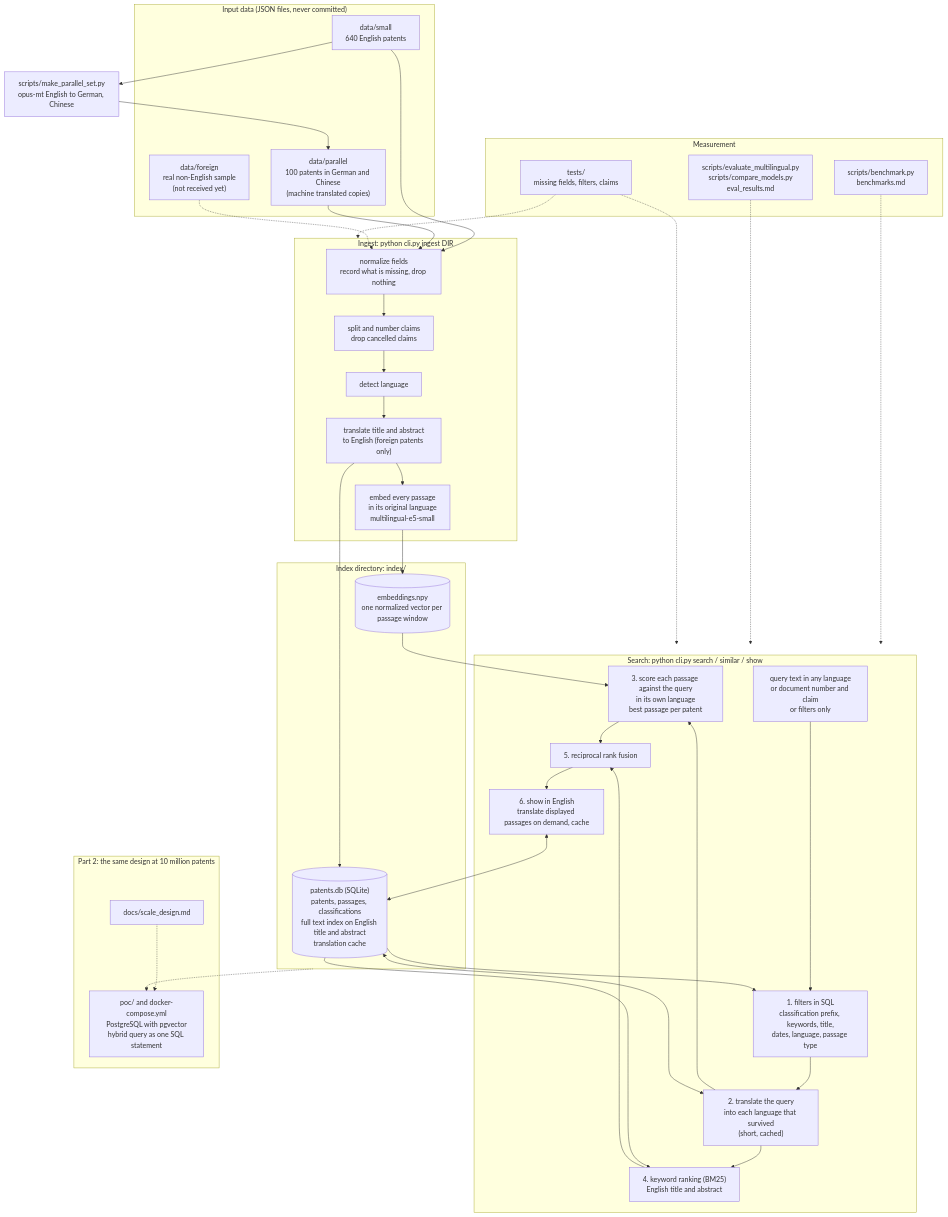
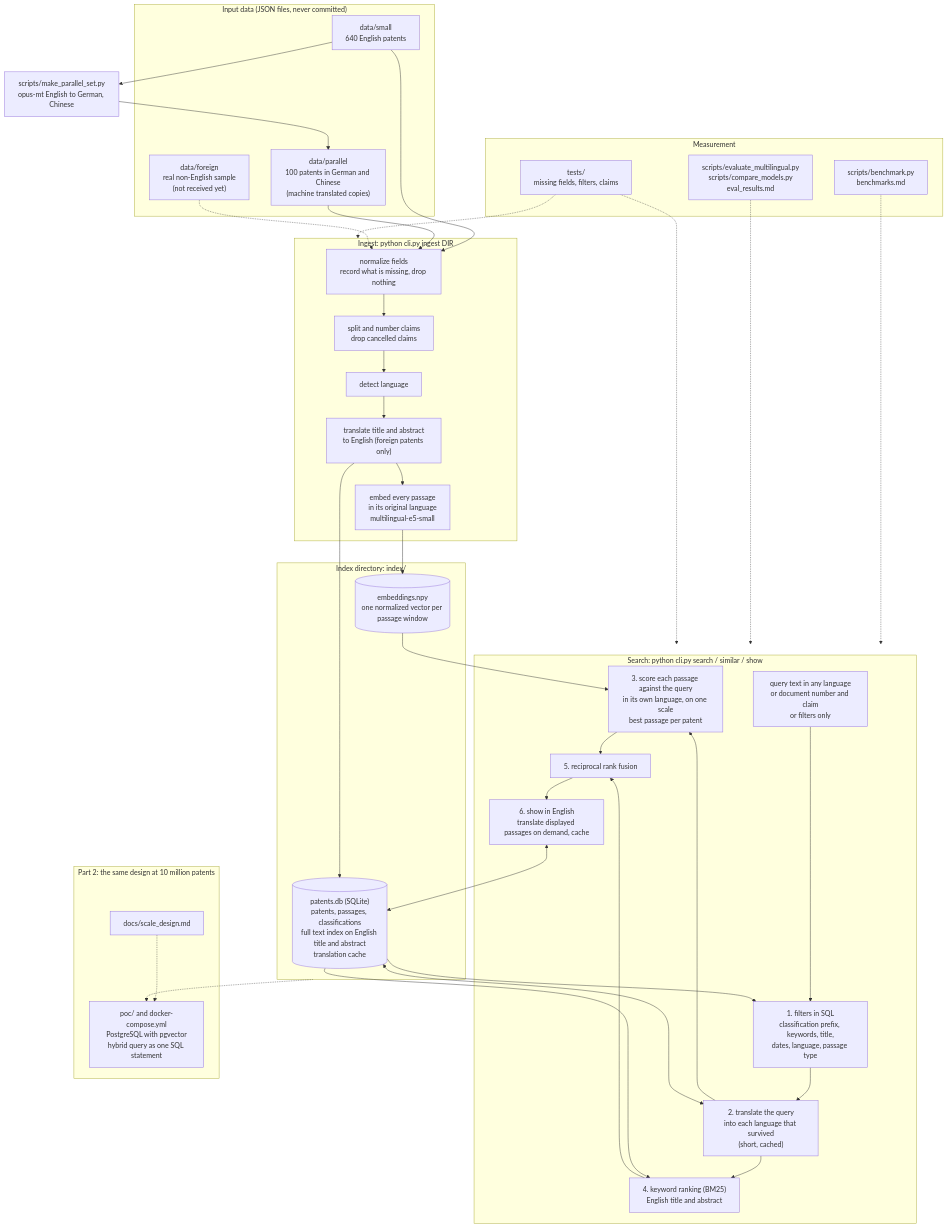
Before and after one commit to tairanhabib/thinkstruct-patent-search: the diagram in docs/architecture.md, drawn with Mermaid. The commit also changed 6 other files, not shown here.

````diff
--- a/docs/architecture.md
+++ b/docs/architecture.md
@@ -5,64 +5,64 @@
 ```mermaid
 flowchart TD
     subgraph IN["Input data (JSON files, never committed)"]
         small["data/small<br/>640 English patents"]
         parallel["data/parallel<br/>100 patents in German and Chinese<br/>(machine translated copies)"]
         foreign["data/foreign<br/>real non-English sample<br/>(not received yet)"]
     end
 
     mk["scripts/make_parallel_set.py<br/>opus-mt English to German, Chinese"]
     small --> mk --> parallel
 
     subgraph ING["Ingest: python cli.py ingest DIR"]
         norm["normalize fields<br/>record what is missing, drop nothing"]
         claims["split and number claims<br/>drop cancelled claims"]
         lang["detect language"]
         tr1["translate title and abstract<br/>to English (foreign patents only)"]
         emb["embed every passage<br/>in its original language<br/>multilingual-e5-small"]
         norm --> claims --> lang --> tr1 --> emb
     end
     small --> norm
     parallel --> norm
     foreign -.-> norm
 
     subgraph IDX["Index directory: index/"]
         db[("patents.db (SQLite)<br/>patents, passages, classifications<br/>full text index on English title and abstract<br/>translation cache")]
         vec[("embeddings.npy<br/>one normalized vector per passage window")]
     end
     tr1 --> db
     emb --> vec
 
     subgraph SRCH["Search: python cli.py search / similar / show"]
         q["query text in any language<br/>or document number and claim<br/>or filters only"]
         filt["1. filters in SQL<br/>classification prefix, keywords, title,<br/>dates, language, passage type"]
         tq["2. translate the query<br/>into each language that survived<br/>(short, cached)"]
-        sem["3. score each passage against the query<br/>in its own language<br/>best passage per patent"]
+        sem["3. score each passage against the query<br/>in its own language, on one scale<br/>best passage per patent"]
         kw["4. keyword ranking (BM25)<br/>English title and abstract"]
         rrf["5. reciprocal rank fusion"]
         show["6. show in English<br/>translate displayed passages on demand, cache"]
         q --> filt --> tq --> sem --> rrf --> show
         tq --> kw --> rrf
     end
     db --> filt
     db --> kw
     vec --> sem
     show <--> db
     tq <--> db
 
     subgraph MEAS["Measurement"]
         bench["scripts/benchmark.py<br/>benchmarks.md"]
         evalm["scripts/evaluate_multilingual.py<br/>scripts/compare_models.py<br/>eval_results.md"]
         tests["tests/<br/>missing fields, filters, claims"]
     end
     bench -.-> SRCH
     evalm -.-> SRCH
     tests -.-> ING
     tests -.-> SRCH
 
     subgraph P2["Part 2: the same design at 10 million patents"]
         design["docs/scale_design.md"]
         poc["poc/ and docker-compose.yml<br/>PostgreSQL with pgvector<br/>hybrid query as one SQL statement"]
     end
     IDX -.-> poc
     design -.-> poc
 ```
````
